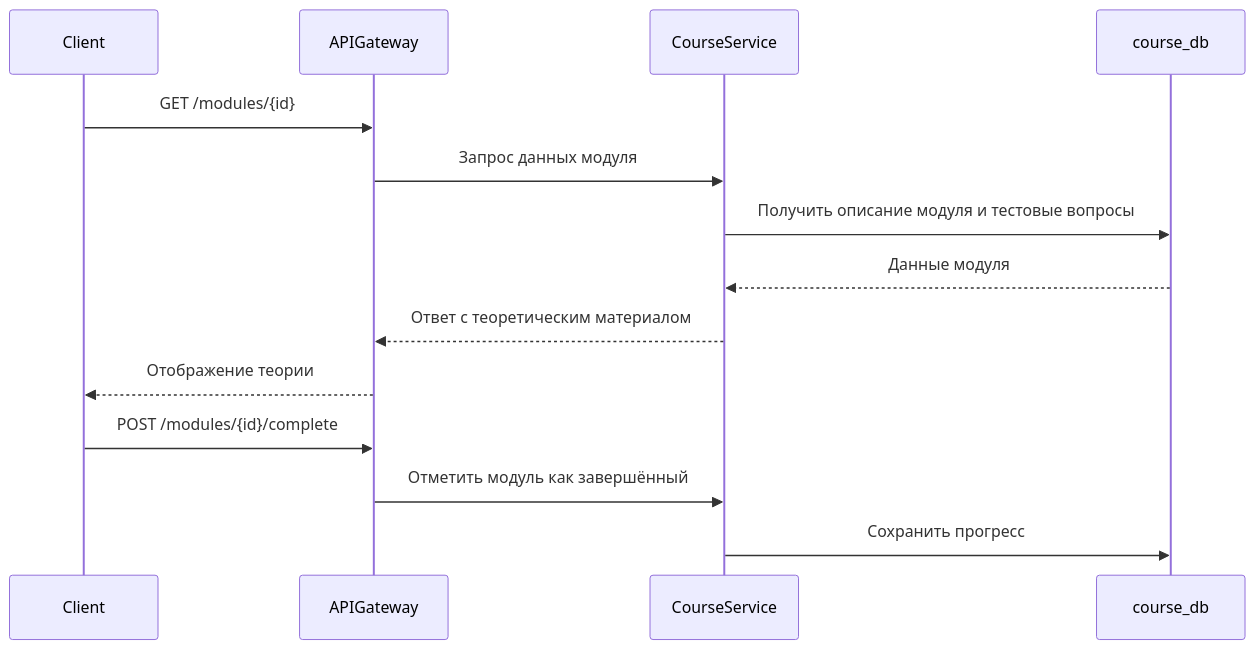
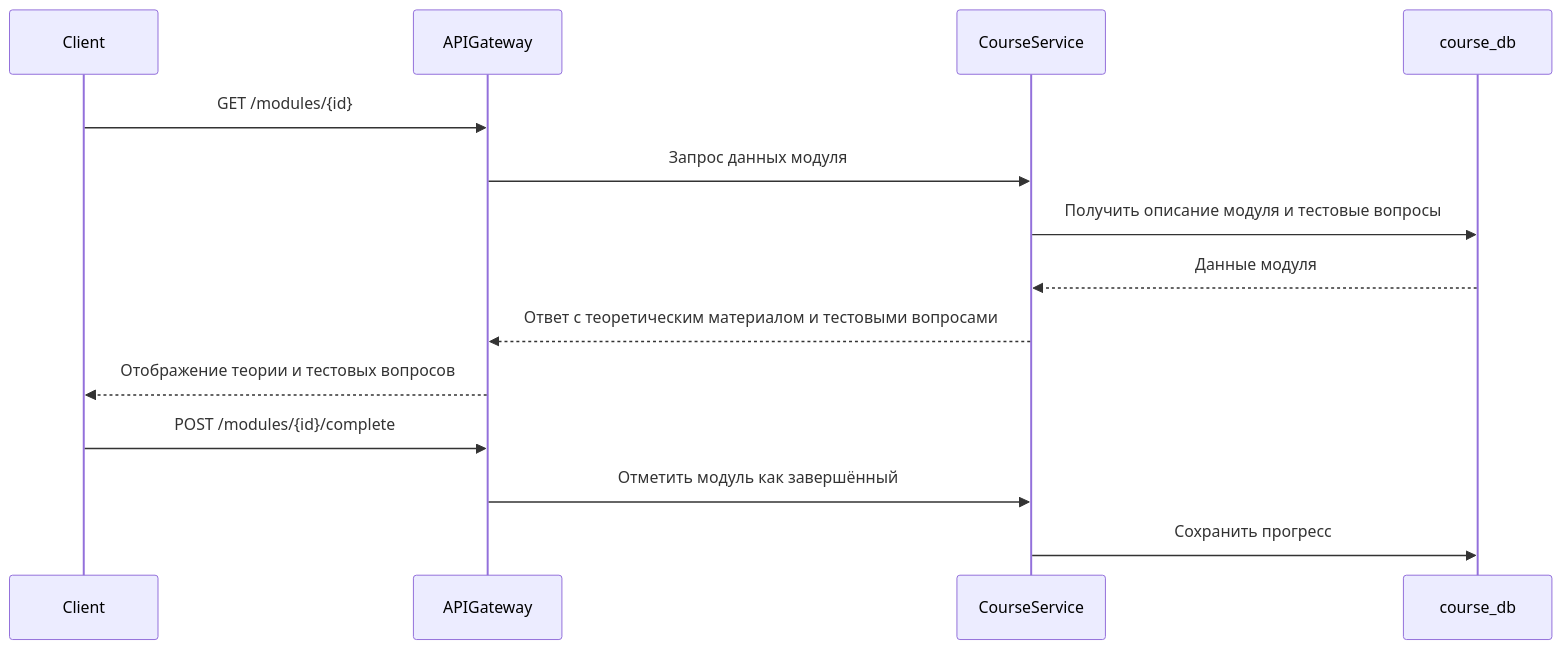
The second of 3 diagrams in docs/tr.md (spbu-ds-practicum-2025/micro-rest), drawn with Mermaid before and after one commit. The commit also changed other lines of this file, not shown here.

````diff
--- a/docs/tr.md
+++ b/docs/tr.md
@@ -122,18 +123,18 @@
 ```mermaid
 sequenceDiagram
 participant Client
 participant APIGateway
 participant CourseService
 participant CourseDB as course_db
 
 
 Client->>APIGateway: GET /modules/{id}
 APIGateway->>CourseService: Запрос данных модуля
 CourseService->>CourseDB: Получить описание модуля и тестовые вопросы
 CourseDB-->>CourseService: Данные модуля
-CourseService-->>APIGateway: Ответ с теоретическим материалом
-APIGateway-->>Client: Отображение теории
+CourseService-->>APIGateway: Ответ с теоретическим материалом и тестовыми вопросами
+APIGateway-->>Client: Отображение теории и тестовых вопросов
 Client->>APIGateway: POST /modules/{id}/complete
 APIGateway->>CourseService: Отметить модуль как завершённый
 CourseService->>CourseDB: Сохранить прогресс
 ```
````
